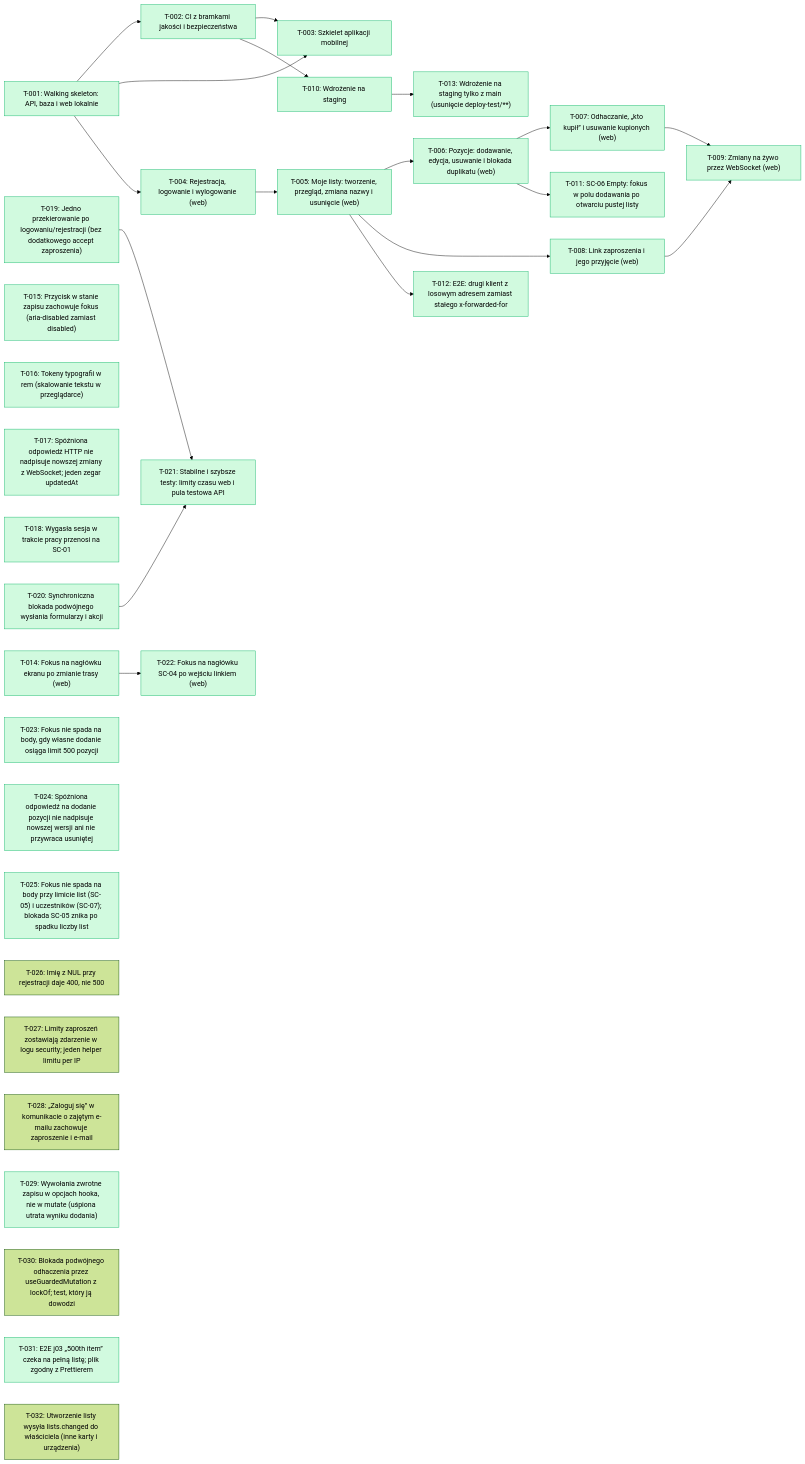
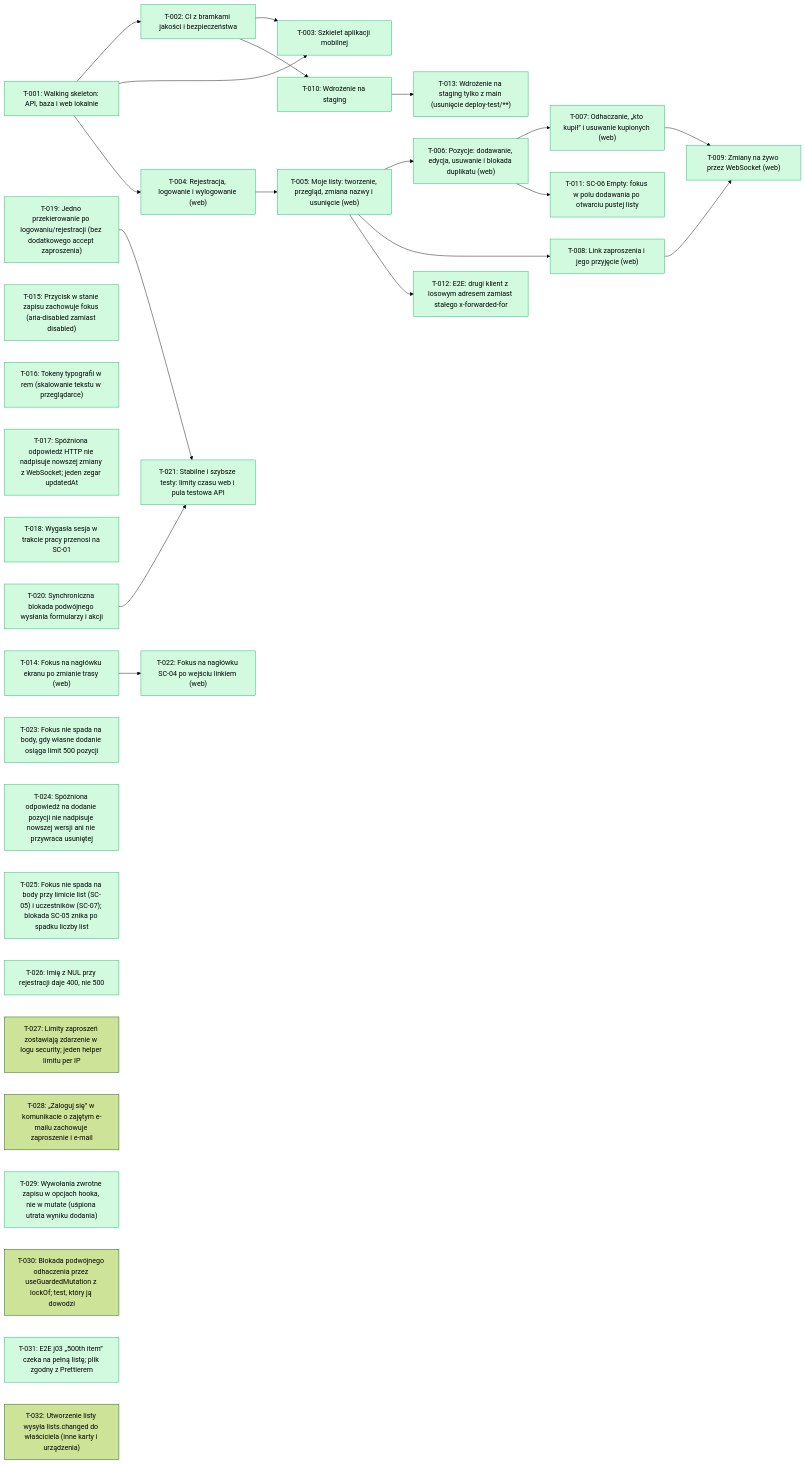
Before and after one commit to tombraz/lista-zakupow: the diagram in docs/backlog/index.md, drawn with Mermaid (forest theme). The commit also changed other lines of this file and 1 other file, not shown here.

````diff
--- a/docs/backlog/index.md
+++ b/docs/backlog/index.md
@@ -21,56 +20,56 @@
 ```mermaid
 flowchart LR
   T_001["T-001: Walking skeleton: API, baza i web lokalnie"]:::done
   T_002["T-002: CI z bramkami jakości i bezpieczeństwa"]:::done
   T_003["T-003: Szkielet aplikacji mobilnej"]:::done
   T_004["T-004: Rejestracja, logowanie i wylogowanie (web)"]:::done
   T_005["T-005: Moje listy: tworzenie, przegląd, zmiana nazwy i usunięcie (web)"]:::done
   T_006["T-006: Pozycje: dodawanie, edycja, usuwanie i blokada duplikatu (web)"]:::done
   T_007["T-007: Odhaczanie, „kto kupił” i usuwanie kupionych (web)"]:::done
   T_008["T-008: Link zaproszenia i jego przyjęcie (web)"]:::done
   T_009["T-009: Zmiany na żywo przez WebSocket (web)"]:::done
   T_010["T-010: Wdrożenie na staging"]:::done
   T_011["T-011: SC-06 Empty: fokus w polu dodawania po otwarciu pustej listy"]:::done
   T_012["T-012: E2E: drugi klient z losowym adresem zamiast stałego x-forwarded-for"]:::done
   T_013["T-013: Wdrożenie na staging tylko z main (usunięcie deploy-test/**)"]:::done
   T_014["T-014: Fokus na nagłówku ekranu po zmianie trasy (web)"]:::done
   T_015["T-015: Przycisk w stanie zapisu zachowuje fokus (aria-disabled zamiast disabled)"]:::done
   T_016["T-016: Tokeny typografii w rem (skalowanie tekstu w przeglądarce)"]:::done
   T_017["T-017: Spóźniona odpowiedź HTTP nie nadpisuje nowszej zmiany z WebSocket; jeden zegar updatedAt"]:::done
   T_018["T-018: Wygasła sesja w trakcie pracy przenosi na SC-01"]:::done
   T_019["T-019: Jedno przekierowanie po logowaniu/rejestracji (bez dodatkowego accept zaproszenia)"]:::done
   T_020["T-020: Synchroniczna blokada podwójnego wysłania formularzy i akcji"]:::done
   T_021["T-021: Stabilne i szybsze testy: limity czasu web i pula testowa API"]:::done
   T_022["T-022: Fokus na nagłówku SC-04 po wejściu linkiem (web)"]:::done
   T_023["T-023: Fokus nie spada na body, gdy własne dodanie osiąga limit 500 pozycji"]:::done
   T_024["T-024: Spóźniona odpowiedź na dodanie pozycji nie nadpisuje nowszej wersji ani nie przywraca usuniętej"]:::done
   T_025["T-025: Fokus nie spada na body przy limicie list (SC-05) i uczestników (SC-07); blokada SC-05 znika po spadku liczby list"]:::done
-  T_026["T-026: Imię z NUL przy rejestracji daje 400, nie 500"]
+  T_026["T-026: Imię z NUL przy rejestracji daje 400, nie 500"]:::done
   T_027["T-027: Limity zaproszeń zostawiają zdarzenie w logu security; jeden helper limitu per IP"]
   T_028["T-028: „Zaloguj się” w komunikacie o zajętym e-mailu zachowuje zaproszenie i e-mail"]
   T_029["T-029: Wywołania zwrotne zapisu w opcjach hooka, nie w mutate (uśpiona utrata wyniku dodania)"]:::done
   T_030["T-030: Blokada podwójnego odhaczenia przez useGuardedMutation z lockOf; test, który ją dowodzi"]
   T_031["T-031: E2E j03 „500th item” czeka na pełną listę; plik zgodny z Prettierem"]:::done
   T_032["T-032: Utworzenie listy wysyła lists.changed do właściciela (inne karty i urządzenia)"]
   T_001 --> T_002
   T_001 --> T_003
   T_002 --> T_003
   T_001 --> T_004
   T_004 --> T_005
   T_005 --> T_006
   T_006 --> T_007
   T_005 --> T_008
   T_007 --> T_009
   T_008 --> T_009
   T_002 --> T_010
   T_006 --> T_011
   T_005 --> T_012
   T_010 --> T_013
   T_019 --> T_021
   T_020 --> T_021
   T_014 --> T_022
   classDef done fill:#d1fadf,stroke:#12b76a
   classDef wip fill:#fef0c7,stroke:#f79009
   classDef qa fill:#e0eaff,stroke:#2970ff
   classDef blocked fill:#fee4e2,stroke:#f04438
 ```
````
